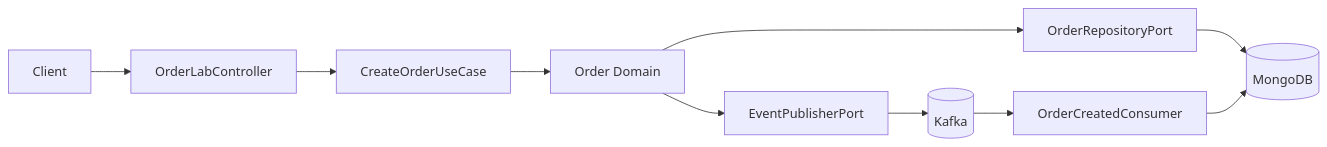
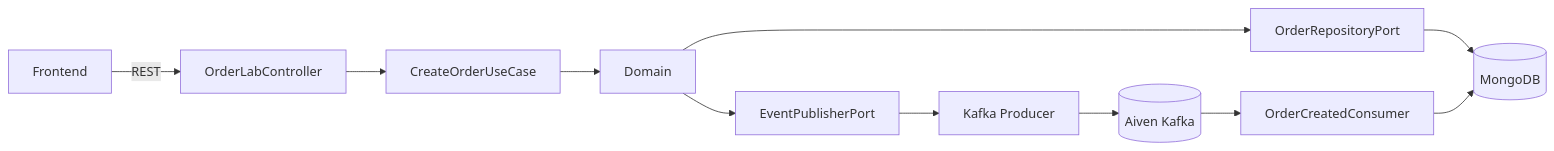
The second of 2 diagrams in README.md (AlanChristofer/tech-world), drawn with Mermaid before and after one commit. The commit also changed other lines of this file and 21 other files, not shown here.

Commit message:
feat: evolve Tech World experience and architecture

````diff
--- a/README.md
+++ b/README.md
@@ -48,12 +67,13 @@
 ```mermaid
 flowchart LR
-    Client --> REST[OrderLabController]
-    REST --> UC[CreateOrderUseCase]
-    UC --> Domain[Order Domain]
-    Domain --> RP[OrderRepositoryPort]
-    Domain --> EP[EventPublisherPort]
-    RP --> Mongo[(MongoDB)]
-    EP --> Kafka[(Kafka)]
+    Frontend -->|REST| Controller[OrderLabController]
+    Controller --> UseCase[CreateOrderUseCase]
+    UseCase --> Domain[Domain]
+    Domain --> Repository[OrderRepositoryPort]
+    Repository --> Mongo[(MongoDB)]
+    Domain --> Events[EventPublisherPort]
+    Events --> Producer[Kafka Producer]
+    Producer --> Kafka[(Aiven Kafka)]
     Kafka --> Consumer[OrderCreatedConsumer]
     Consumer --> Mongo
 ```
````
